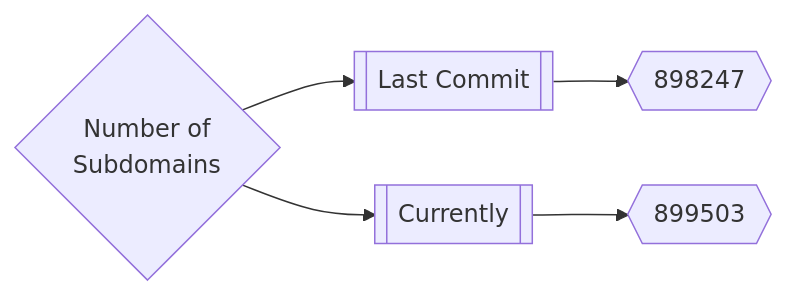
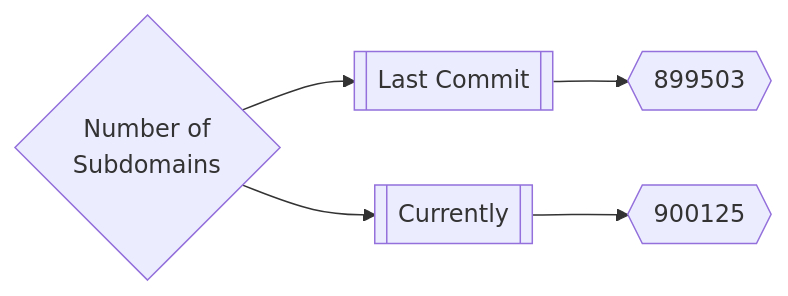
Before and after one commit to trickest/inventory: the first of 3 diagrams in README.md, drawn with Mermaid. The commit also changed other lines of this file, not shown here.

Commit message:
Update README.md Thu Jul  7 21:53:49 UTC 2022

````diff
--- a/README.md
+++ b/README.md
@@ -167,5 +167,5 @@
 ```mermaid
 graph LR
-title{Number of<br>Subdomains} --> subdomainsDate1[[Last Commit]] --> subdomainsNum1{{898247}}
-title --> subdomainsDate2[[Currently]] --> subdomainsNum2{{899503}}
+title{Number of<br>Subdomains} --> subdomainsDate1[[Last Commit]] --> subdomainsNum1{{899503}}
+title --> subdomainsDate2[[Currently]] --> subdomainsNum2{{900125}}
 ```
````
